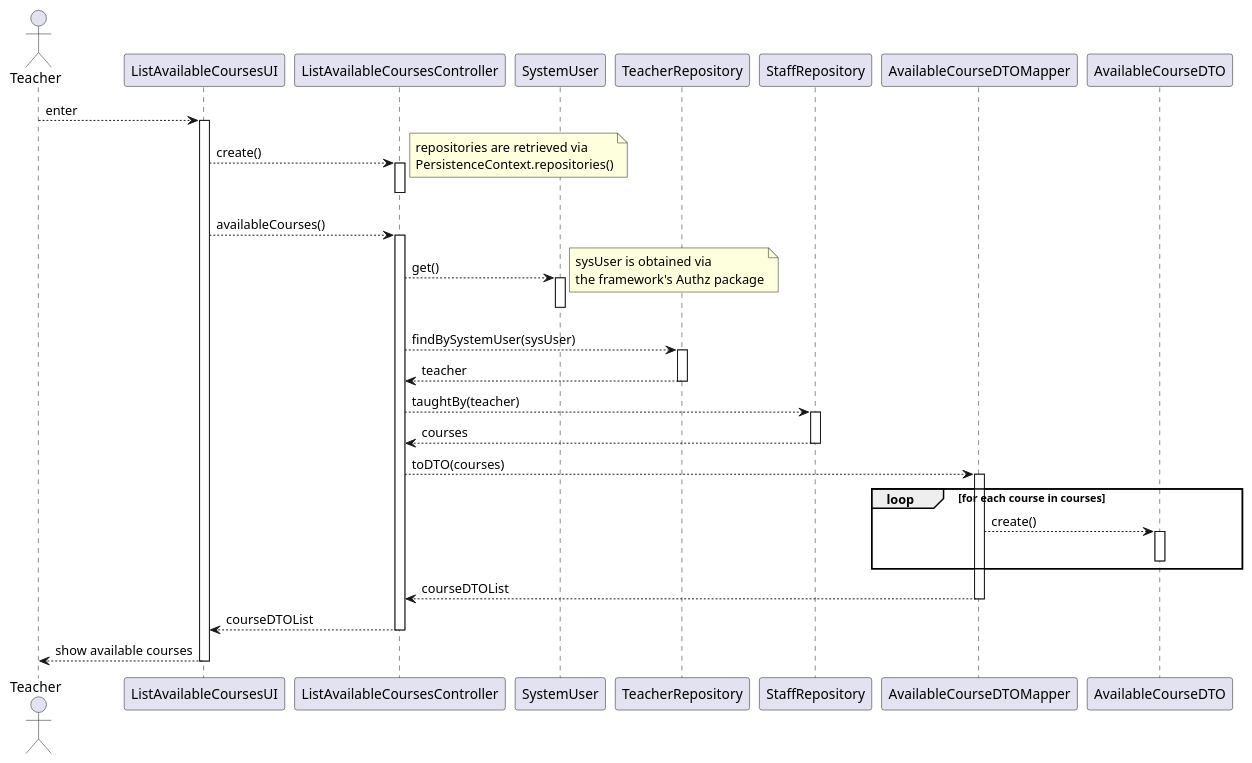
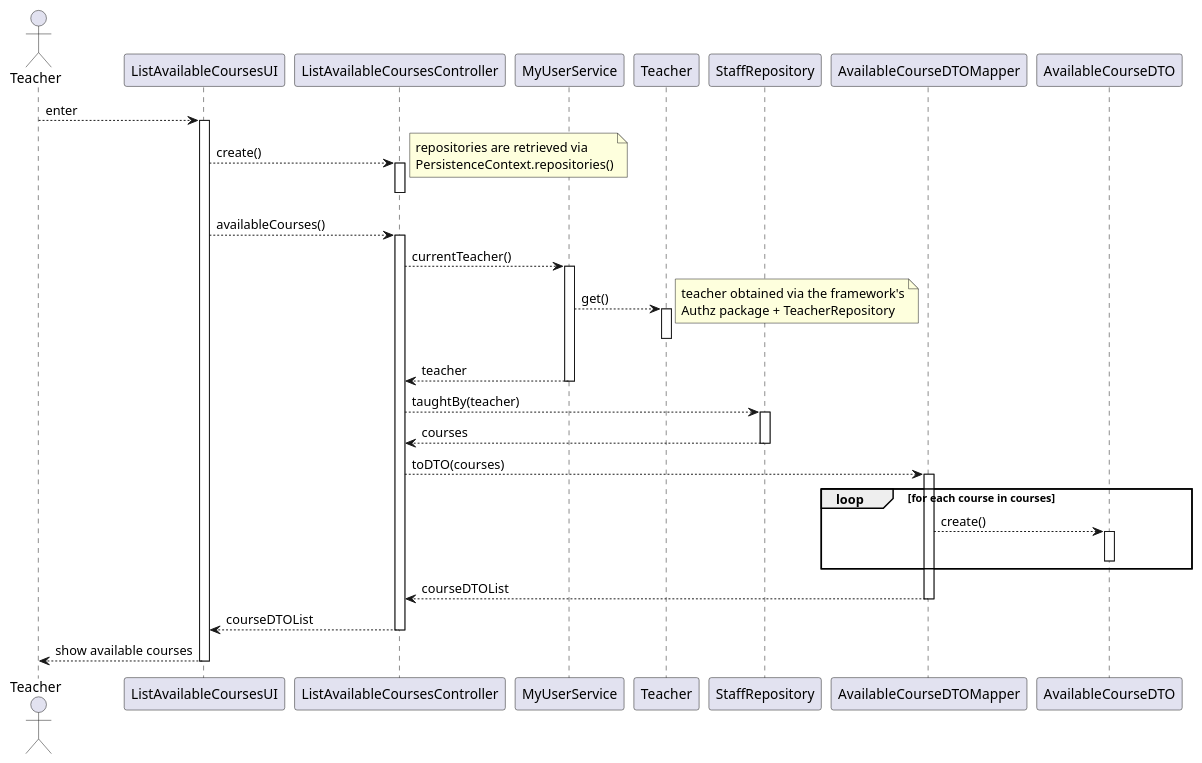
Before and after one commit to jovami/isep-lapr4: the diagram in docs/us_1006/sd-teacher.puml, drawn with PlantUML. The commit also changed 38 other files, not shown here.

Commit message:
refactor: remove `getUser` code from UC controllers (fixes #95)

```diff
--- a/docs/us_1006/sd-teacher.puml
+++ b/docs/us_1006/sd-teacher.puml
@@ -1,66 +1,67 @@
 @startuml
 
 actor Teacher as user
 participant ListAvailableCoursesUI as ui
 participant ListAvailableCoursesController as ctrl
 
 ' participant PersistenceContext as ctx
 ' participant RepositoryFactory as rep_fac
 
-participant SystemUser as sys_usr
+participant MyUserService as user_svc
+participant Teacher as teacher
 
-participant TeacherRepository as t_repo
+' participant SystemUser as sys_usr
+' participant TeacherRepository as t_repo
 
 participant StaffRepository as st_repo
 
 ' participant AuthzRegistry as authreg
 ' participant AuthorizationService as authsvc
 ' participant Session as sess
 
 participant AvailableCourseDTOMapper as mapper
 participant AvailableCourseDTO as dto
 
 ' participant Course as course
 
 user --> ui : enter
 
 activate ui
     ui --> ctrl : create()
     activate ctrl
         note right : repositories are retrieved via\nPersistenceContext.repositories()
     deactivate ctrl
 
     ui --> ctrl : availableCourses()
     activate ctrl
-        ctrl --> sys_usr : get()
-        activate sys_usr
-            note right : sysUser is obtained via\nthe framework's Authz package
-        deactivate sys_usr
-
-        ctrl --> t_repo : findBySystemUser(sysUser)
-        activate t_repo
-            t_repo --> ctrl : teacher
-        deactivate t_repo
+        ctrl --> user_svc : currentTeacher()
+        activate user_svc
+            user_svc --> teacher : get()
+            activate teacher
+            deactivate teacher
+            note right : teacher obtained via the framework's\nAuthz package + TeacherRepository
+            user_svc --> ctrl : teacher
+        deactivate user_svc
 
         ctrl --> st_repo : taughtBy(teacher)
         activate st_repo
             st_repo --> ctrl : courses
         deactivate st_repo
 
         ctrl --> mapper: toDTO(courses)
         activate mapper
             loop for each course in courses
                 mapper --> dto: create()
                 activate dto
                 deactivate dto
             end loop
             mapper --> ctrl: courseDTOList
         deactivate mapper
 
         ctrl --> ui : courseDTOList
     deactivate ctrl
 
     ui --> user : show available courses
 deactivate ui
 
 @enduml
```
